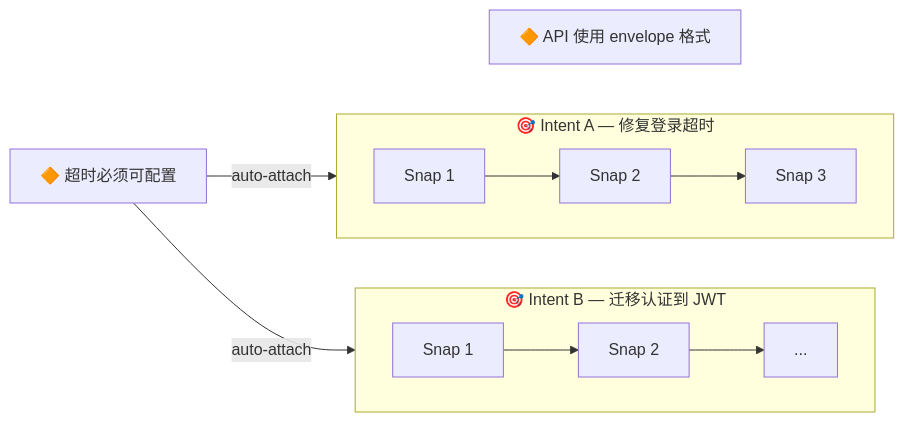
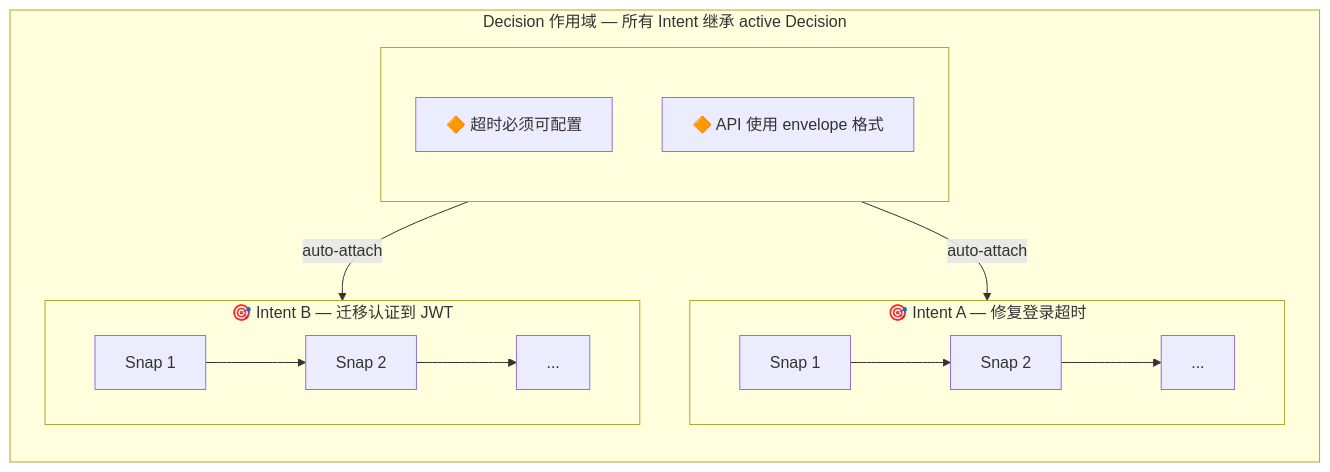
One commit to dozybot001/Intent changed the second of 2 diagrams in README.CN.md. Above: the diagram before and after it, drawn with Mermaid. The commit also changed 1 other file, not shown here.

Commit message:
Wrap object diagram in Decision scope, fix Decisions vertical stack
- Outer box shows Decision scope boundary
- Decisions subgraph with direction TB for vertical stacking
- Snap 3 changed to ... for alignment with Intent B

````diff
--- a/README.CN.md
+++ b/README.CN.md
@@ -56,19 +56,23 @@
 ```mermaid
 flowchart LR
-  D1["🔶 超时必须可配置"]
-  D2["🔶 API 使用 envelope 格式"]
-  D1 ~~~ D2
+  subgraph Scope["Decision 作用域 — 所有 Intent 继承 active Decision"]
+    subgraph Decisions[" "]
+      direction TB
+      D1["🔶 超时必须可配置"]
+      D2["🔶 API 使用 envelope 格式"]
+    end
 
-  subgraph IntentA["🎯 Intent A — 修复登录超时"]
-    direction LR
-    S1["Snap 1"] --> S2["Snap 2"] --> S3["Snap 3"]
-  end
+    subgraph IntentA["🎯 Intent A — 修复登录超时"]
+      direction LR
+      S1["Snap 1"] --> S2["Snap 2"] --> S3["..."]
+    end
 
-  subgraph IntentB["🎯 Intent B — 迁移认证到 JWT"]
-    direction LR
-    S4["Snap 1"] --> S5["Snap 2"] --> S6["..."]
+    subgraph IntentB["🎯 Intent B — 迁移认证到 JWT"]
+      direction LR
+      S4["Snap 1"] --> S5["Snap 2"] --> S6["..."]
+    end
   end
 
   D1 -- auto-attach --> IntentA
   D1 -- auto-attach --> IntentB
 ```
````
